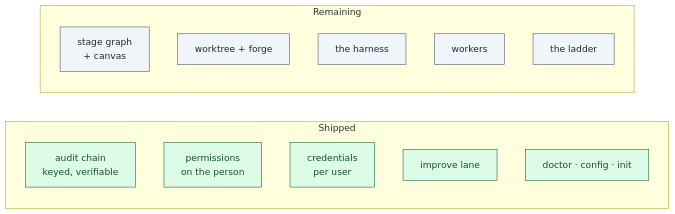
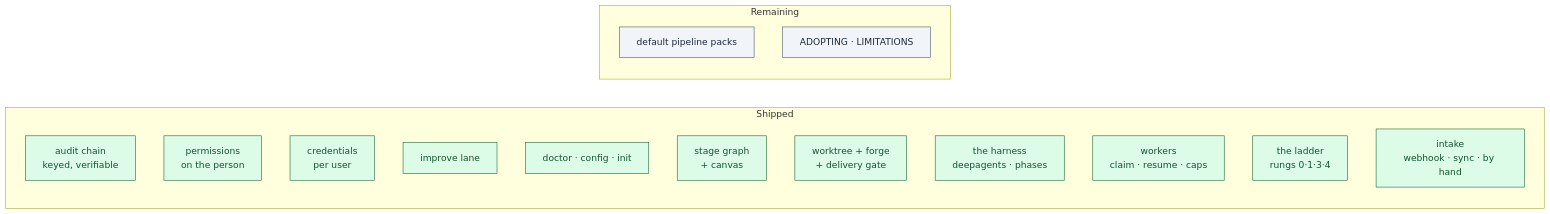
Before and after one commit to tacoda/open-refinery: the tenth of 10 diagrams in docs/FEATURES.md, drawn with Mermaid. The commit also changed other lines of this file and 24 other files, not shown here.

First line of the commit message:
2.24.0 — Phase 8: intake and the live canvas

````diff
--- a/docs/FEATURES.md
+++ b/docs/FEATURES.md
@@ -323,20 +347,23 @@
 ```mermaid
 flowchart LR
   subgraph now["Shipped"]
     AUD[audit chain<br/>keyed, verifiable]:::done
     PERM[permissions<br/>on the person]:::done
     CRED[credentials<br/>per user]:::done
     IMP[improve lane]:::done
     OPS[doctor · config · init]:::done
+    GRAPH[stage graph<br/>+ canvas]:::done
+    WORK[worktree + forge<br/>+ delivery gate]:::done
+    HARN[the harness<br/>deepagents · phases]:::done
+    QUEUE[workers<br/>claim · resume · caps]:::done
+    LADDER[the ladder<br/>rungs 0·1·3·4]:::done
+    IN[intake<br/>webhook · sync · by hand]:::done
   end
   subgraph next["Remaining"]
-    GRAPH[stage graph<br/>+ canvas]:::todo
-    WORK[worktree + forge]:::todo
-    HARN[the harness]:::todo
-    QUEUE[workers]:::todo
-    LADDER[the ladder]:::todo
+    PACKS[default pipeline packs]:::todo
+    DOCS[ADOPTING · LIMITATIONS]:::todo
   end
 
   classDef done fill:#dcfce7,stroke:#166534,color:#14532d
   classDef todo fill:#f1f5f9,stroke:#475569,color:#1e293b
 ```
````
